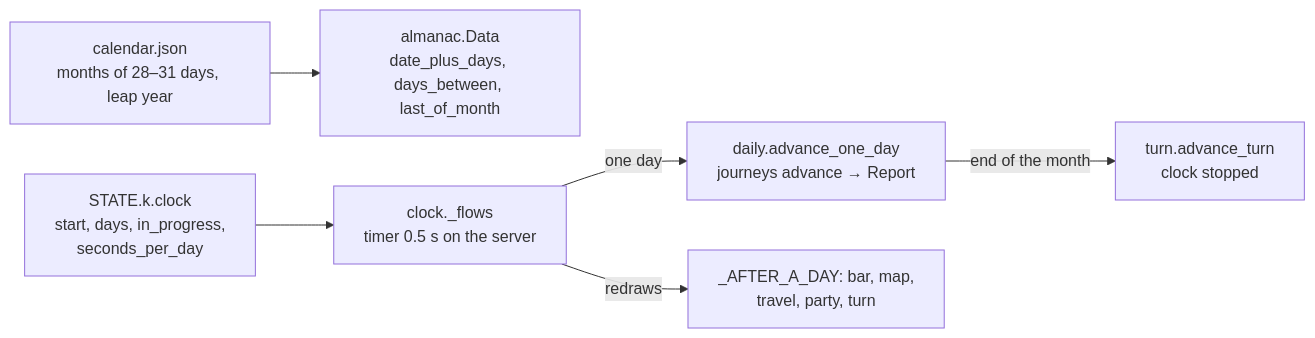
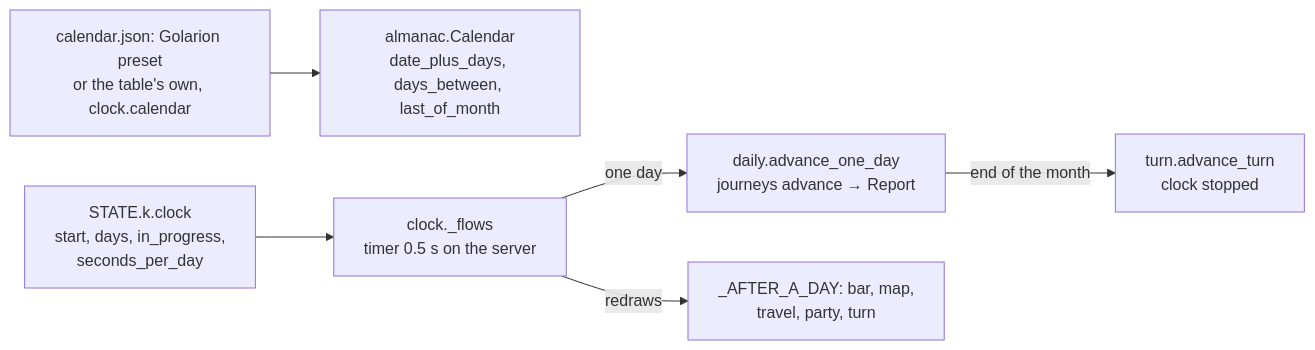
Before and after one commit to MarcoMungaiCoppolino/kingmaker-kingdom-manager: the diagram in docs/manual/10-party-transport-time.md, drawn with Mermaid. The commit also changed other lines of this file and 36 other files, not shown here.

First line of the commit message:
Kingmaker Kingdom Manager 2.1.0: our own calendar

````diff
--- a/docs/manual/10-party-transport-time.md
+++ b/docs/manual/10-party-transport-time.md
@@ -63,8 +63,8 @@
 ```mermaid
 flowchart LR
-    C[calendar.json<br/>months of 28–31 days, leap year] --> T[almanac.Data<br/>date_plus_days, days_between, last_of_month]
+    C[calendar.json: Golarion preset<br/>or the table's own, clock.calendar] --> T[almanac.Calendar<br/>date_plus_days, days_between, last_of_month]
     K[STATE.k.clock<br/>start, days, in_progress,<br/>seconds_per_day] --> O[clock._flows<br/>timer 0.5 s on the server]
     O -->|one day| G[daily.advance_one_day<br/>journeys advance → Report]
     G -->|end of the month| A[turn.advance_turn<br/>clock stopped]
     O -->|redraws| R[_AFTER_A_DAY: bar, map,<br/>travel, party, turn]
 ```
````
